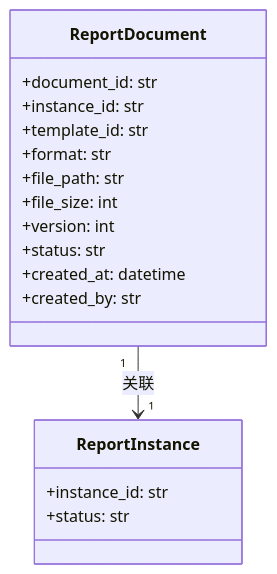
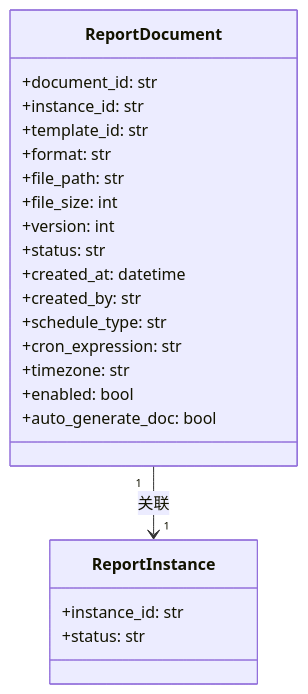
One commit to shel447/ReportSystem changed the second of 2 diagrams in design/design_instance.md. Above: the diagram before and after it, drawn with Mermaid. The commit also changed other lines of this file and 3 other files, not shown here.

````diff
--- a/design/design_instance.md
+++ b/design/design_instance.md
@@ -135,22 +135,27 @@
 ```mermaid
 classDiagram
     class ReportDocument {
         +document_id: str
         +instance_id: str
         +template_id: str
         +format: str
         +file_path: str
         +file_size: int
         +version: int
         +status: str
         +created_at: datetime
         +created_by: str
+        +schedule_type: str
+        +cron_expression: str
+        +timezone: str
+        +enabled: bool
+        +auto_generate_doc: bool
     }
     
     class ReportInstance {
         +instance_id: str
         +status: str
     }
     
     ReportDocument "1" --> "1" ReportInstance : 关联
 ```
````
